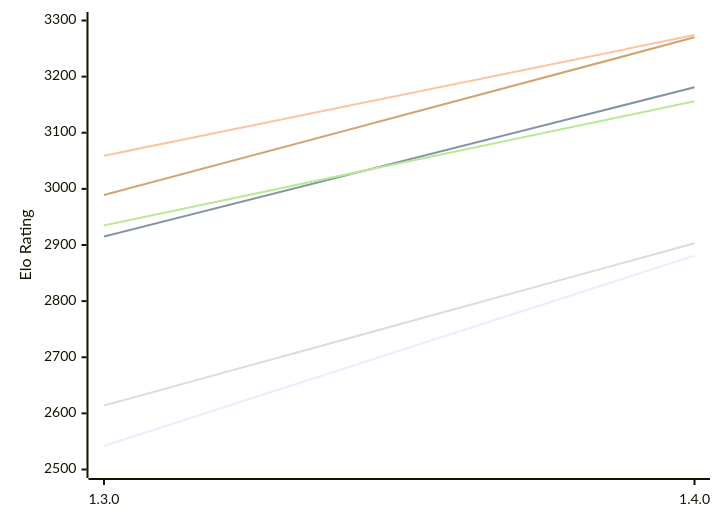
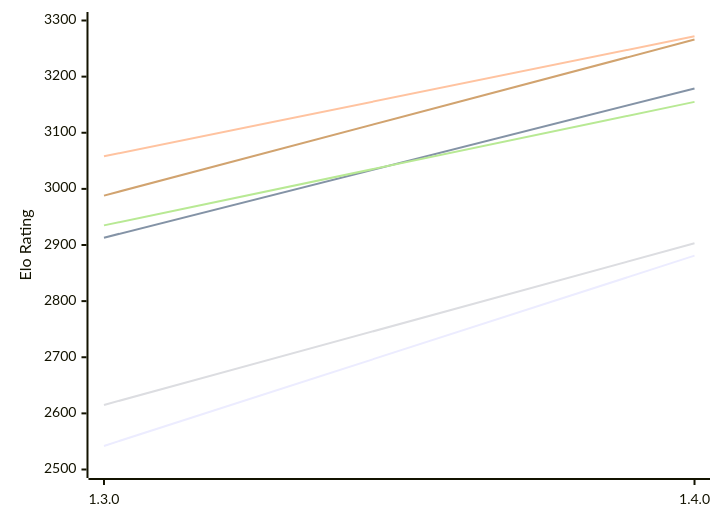
The first of 2 diagrams in engines/Ember.md (computer-chess-index/cci), drawn with Mermaid before and after one commit. The commit also changed other lines of this file, not shown here.

Commit message:
Update CCI Ratings (ELO VLTC) - 2026-11-19

````diff
--- a/engines/Ember.md
+++ b/engines/Ember.md
@@ -51,12 +51,12 @@
 ```mermaid
 %%{init: {"theme":"base","themeVariables":{"seriesColors:['#a3a3a3','#222221','#faa371']}}}%%
 xychart-beta
   x-axis ["1.3.0", "1.4.0"]
   y-axis "Elo Rating" 2500 --> 3300
   line "E1: STC (8.0+0.08s)" [2542, 2881]
-  line "E1: LTC (60.0+0.60s)" [2915, 3181]
-  line "E1: VLTC (2m24s+1.12s)" [3059, 3274]
-  line "P1: STC (8.0+0.08s)" [2614, 2903]
-  line "P1: LTC (60.0+0.60s)" [2935, 3156]
-  line "P1: VLTC (2m24s+1.12s)" [2989, 3270]
+  line "E1: LTC (60.0+0.60s)" [2913, 3179]
+  line "E1: VLTC (2m24s+1.12s)" [3058, 3272]
+  line "P1: STC (8.0+0.08s)" [2615, 2903]
+  line "P1: LTC (60.0+0.60s)" [2935, 3155]
+  line "P1: VLTC (2m24s+1.12s)" [2988, 3266]
 ```
````
